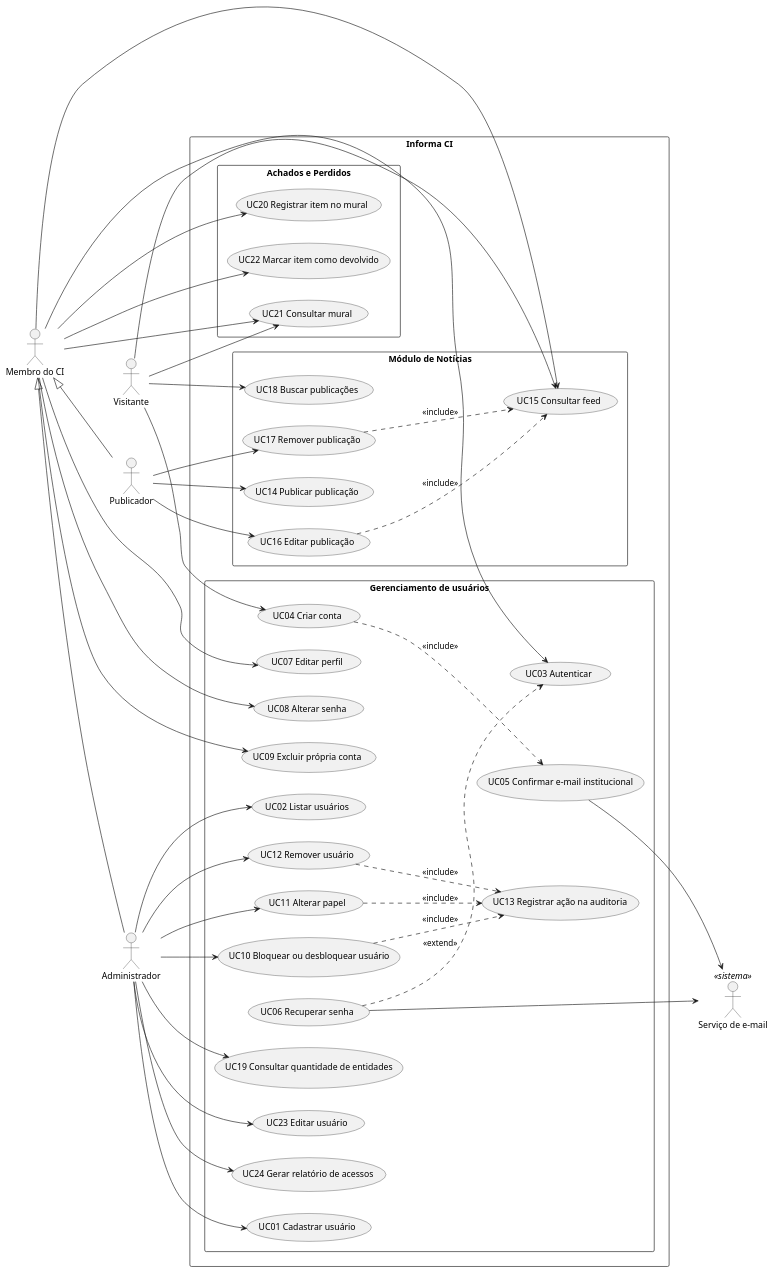
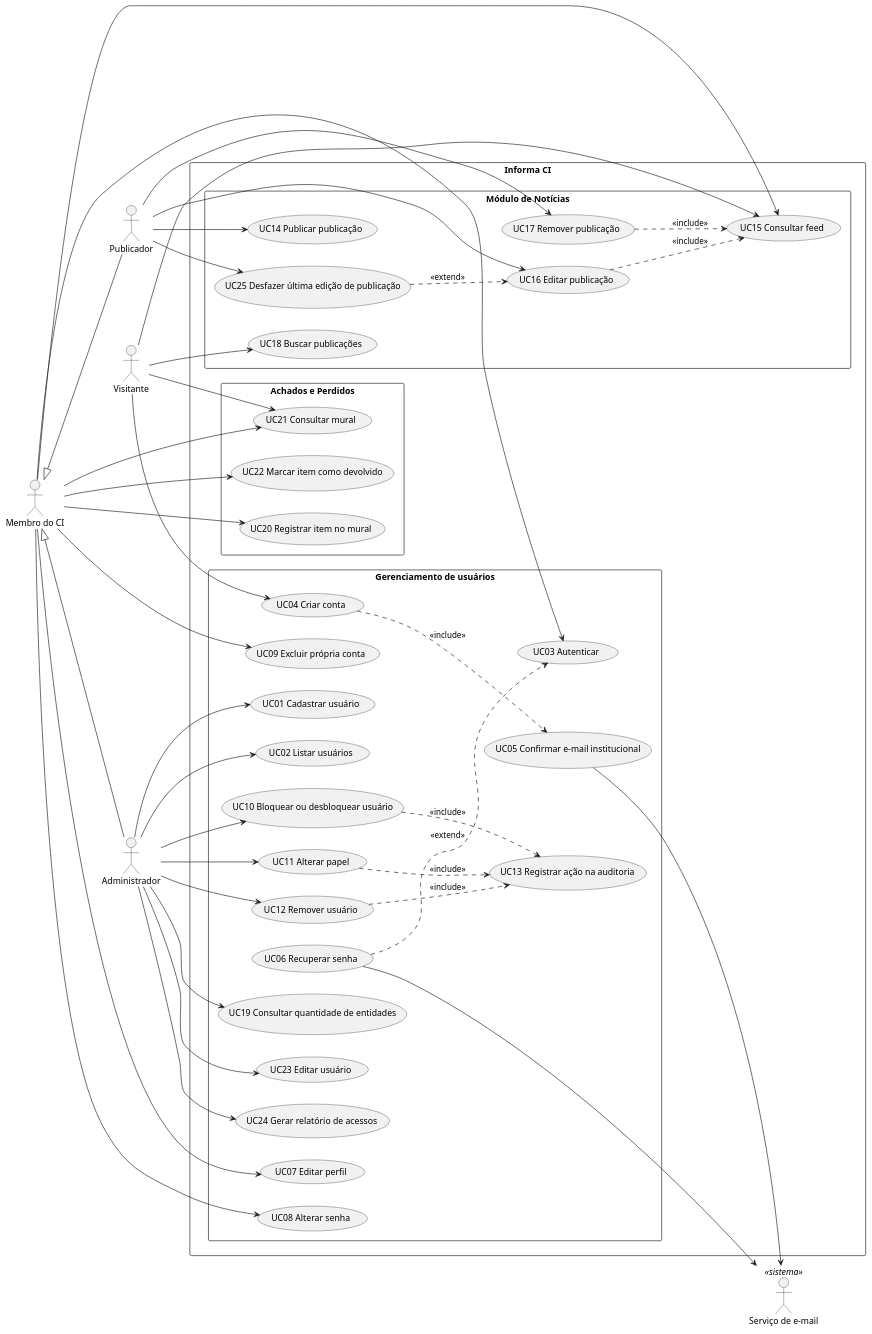
The diagram in docs/04-casos-de-uso/casos-de-uso.puml (rodrigomfortes/informa-ci-mps), drawn with PlantUML before and after one commit. The commit also changed 10 other files, not shown here.

```diff
--- a/docs/04-casos-de-uso/casos-de-uso.puml
+++ b/docs/04-casos-de-uso/casos-de-uso.puml
@@ -1,80 +1,83 @@
 @startuml casos-de-uso
 left to right direction
 skinparam packageStyle rectangle
 
 actor Visitante
 actor "Membro do CI" as Membro
 actor Publicador
 actor Administrador
 actor "Serviço de e-mail" as Email <<sistema>>
 
 Membro <|-- Publicador
 Membro <|-- Administrador
 
 rectangle "Informa CI" {
   package "Gerenciamento de usuários" {
     usecase "UC01 Cadastrar usuário" as UC01
     usecase "UC02 Listar usuários" as UC02
     usecase "UC03 Autenticar" as UC03
     usecase "UC04 Criar conta" as UC04
     usecase "UC05 Confirmar e-mail institucional" as UC05
     usecase "UC06 Recuperar senha" as UC06
     usecase "UC07 Editar perfil" as UC07
     usecase "UC08 Alterar senha" as UC08
     usecase "UC09 Excluir própria conta" as UC09
     usecase "UC10 Bloquear ou desbloquear usuário" as UC10
     usecase "UC11 Alterar papel" as UC11
     usecase "UC12 Remover usuário" as UC12
     usecase "UC13 Registrar ação na auditoria" as UC13
     usecase "UC19 Consultar quantidade de entidades" as UC19
     usecase "UC23 Editar usuário" as UC23
     usecase "UC24 Gerar relatório de acessos" as UC24
   }
   package "Módulo de Notícias" {
     usecase "UC14 Publicar publicação" as UC14
     usecase "UC15 Consultar feed" as UC15
     usecase "UC16 Editar publicação" as UC16
     usecase "UC17 Remover publicação" as UC17
+    usecase "UC25 Desfazer última edição de publicação" as UC25
     usecase "UC18 Buscar publicações" as UC18
   }
   package "Achados e Perdidos" {
     usecase "UC20 Registrar item no mural" as UC20
     usecase "UC21 Consultar mural" as UC21
     usecase "UC22 Marcar item como devolvido" as UC22
   }
 }
 
 Visitante --> UC04
 Visitante --> UC15
 Visitante --> UC18
 Visitante --> UC21
 Membro --> UC03
 Membro --> UC07
 Membro --> UC08
 Membro --> UC09
 Membro --> UC15
 Membro --> UC20
 Membro --> UC21
 Membro --> UC22
 Publicador --> UC14
 Publicador --> UC16
 Publicador --> UC17
+Publicador --> UC25
 Administrador --> UC01
 Administrador --> UC02
 Administrador --> UC10
 Administrador --> UC11
 Administrador --> UC12
 Administrador --> UC19
 Administrador --> UC23
 Administrador --> UC24
 
 UC04 ..> UC05 : <<include>>
 UC06 ..> UC03 : <<extend>>
 UC10 ..> UC13 : <<include>>
 UC11 ..> UC13 : <<include>>
 UC12 ..> UC13 : <<include>>
 UC16 ..> UC15 : <<include>>
 UC17 ..> UC15 : <<include>>
+UC25 ..> UC16 : <<extend>>
 UC05 --> Email
 UC06 --> Email
 @enduml
```
